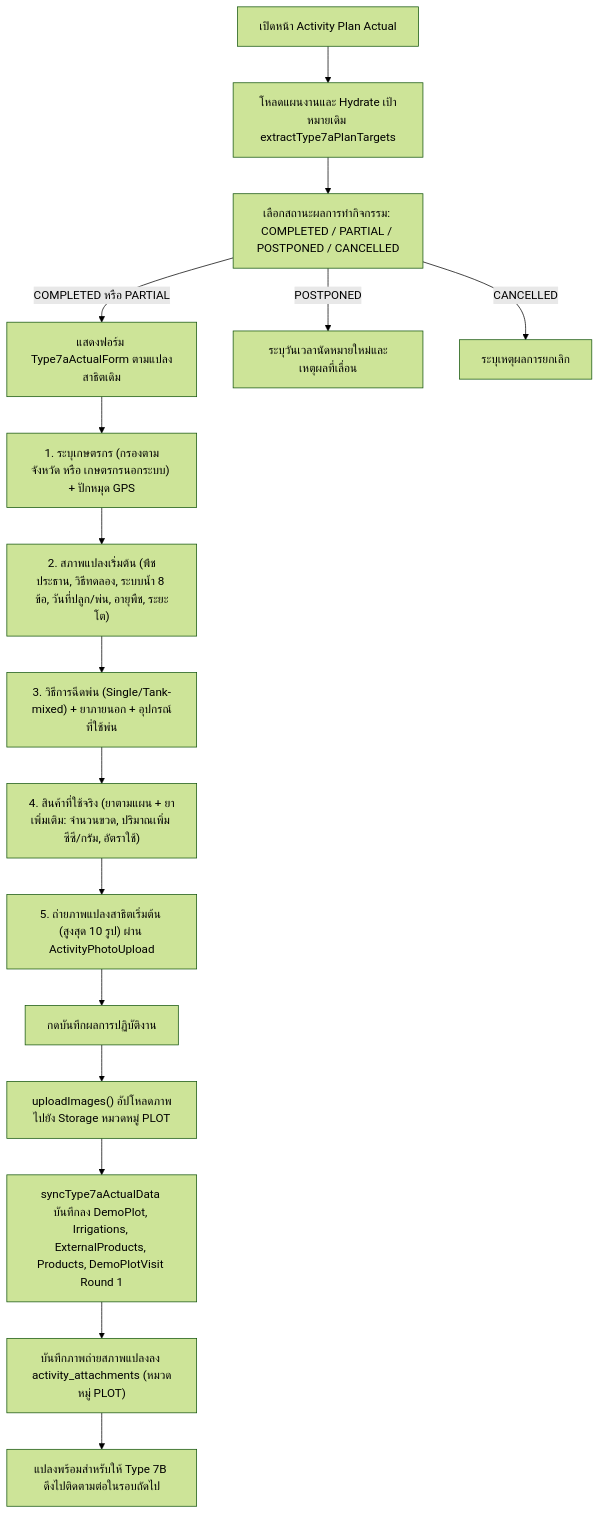
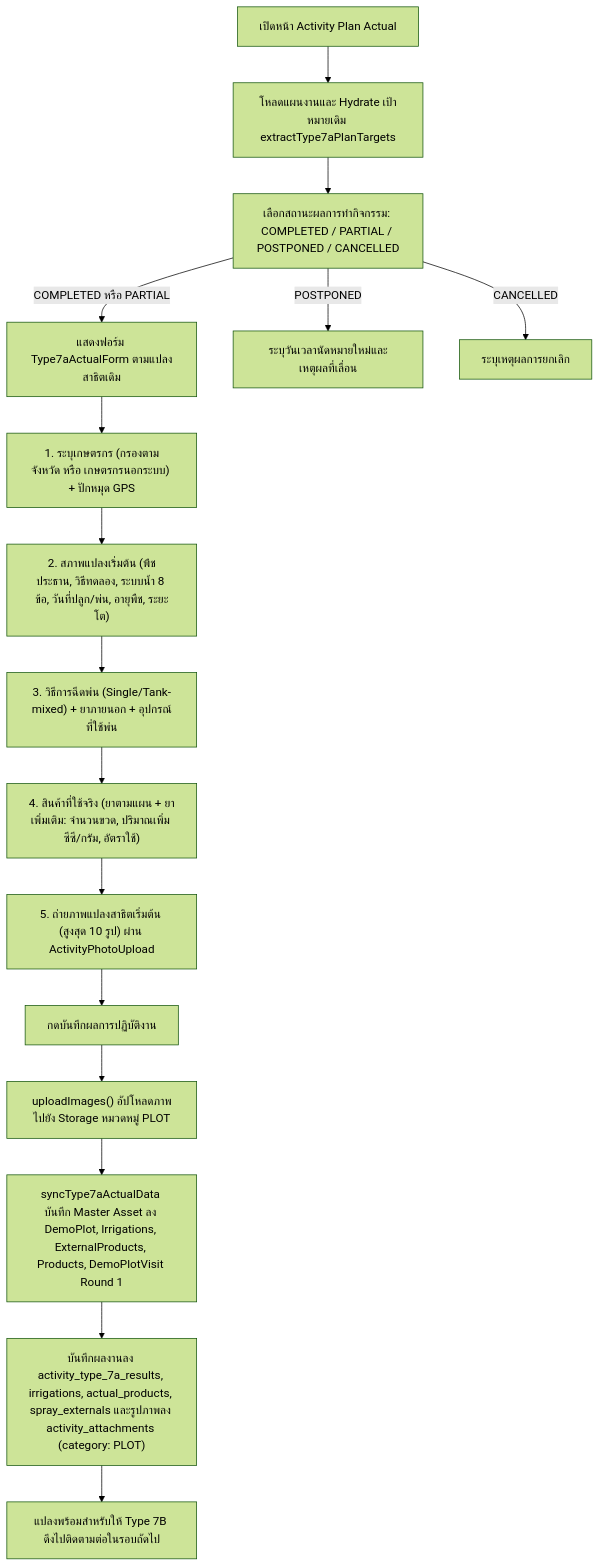
One commit to bankhk10/crm-bank changed the second of 4 diagrams in modules/activity/features/type-7a/README.md. Above: the diagram before and after it, drawn with Mermaid (forest theme). The commit also changed other lines of this file, not shown here.

````diff
--- a/modules/activity/features/type-7a/README.md
+++ b/modules/activity/features/type-7a/README.md
@@ -82,18 +80,18 @@
 ```mermaid
 graph TD
     A["เปิดหน้า Activity Plan Actual"] --> B["โหลดแผนงานและ Hydrate เป้าหมายเดิม extractType7aPlanTargets"]
     B --> C["เลือกสถานะผลการทำกิจกรรม: COMPLETED / PARTIAL / POSTPONED / CANCELLED"]
     C -->|"COMPLETED หรือ PARTIAL"| D["แสดงฟอร์ม Type7aActualForm ตามแปลงสาธิตเดิม"]
     D --> E["1. ระบุเกษตรกร (กรองตามจังหวัด หรือ เกษตรกรนอกระบบ) + ปักหมุด GPS"]
     E --> F["2. สภาพแปลงเริ่มต้น (พืชประธาน, วิธีทดลอง, ระบบน้ำ 8 ข้อ, วันที่ปลูก/พ่น, อายุพืช, ระยะโต)"]
     F --> G["3. วิธีการฉีดพ่น (Single/Tank-mixed) + ยาภายนอก + อุปกรณ์ที่ใช้พ่น"]
     G --> H["4. สินค้าที่ใช้จริง (ยาตามแผน + ยาเพิ่มเติม: จำนวนขวด, ปริมาณเพิ่ม ซีซี/กรัม, อัตราใช้)"]
     H --> I["5. ถ่ายภาพแปลงสาธิตเริ่มต้น (สูงสุด 10 รูป) ผ่าน ActivityPhotoUpload"]
     I --> J["กดบันทึกผลการปฏิบัติงาน"]
     J --> K["uploadImages() อัปโหลดภาพไปยัง Storage หมวดหมู่ PLOT"]
-    K --> L["syncType7aActualData บันทึกลง DemoPlot, Irrigations, ExternalProducts, Products, DemoPlotVisit Round 1"]
-    L --> M["บันทึกภาพถ่ายสภาพแปลงลง activity_attachments (หมวดหมู่ PLOT)"]
+    K --> L["syncType7aActualData บันทึก Master Asset ลง DemoPlot, Irrigations, ExternalProducts, Products, DemoPlotVisit Round 1"]
+    L --> M["บันทึกผลงานลง activity_type_7a_results, irrigations, actual_products, spray_externals และรูปภาพลง activity_attachments (category: PLOT)"]
     M --> N["แปลงพร้อมสำหรับให้ Type 7B ดึงไปติดตามต่อในรอบถัดไป"]
     C -->|"POSTPONED"| O["ระบุวันเวลานัดหมายใหม่และเหตุผลที่เลื่อน"]
     C -->|"CANCELLED"| P["ระบุเหตุผลการยกเลิก"]
 ```
````
